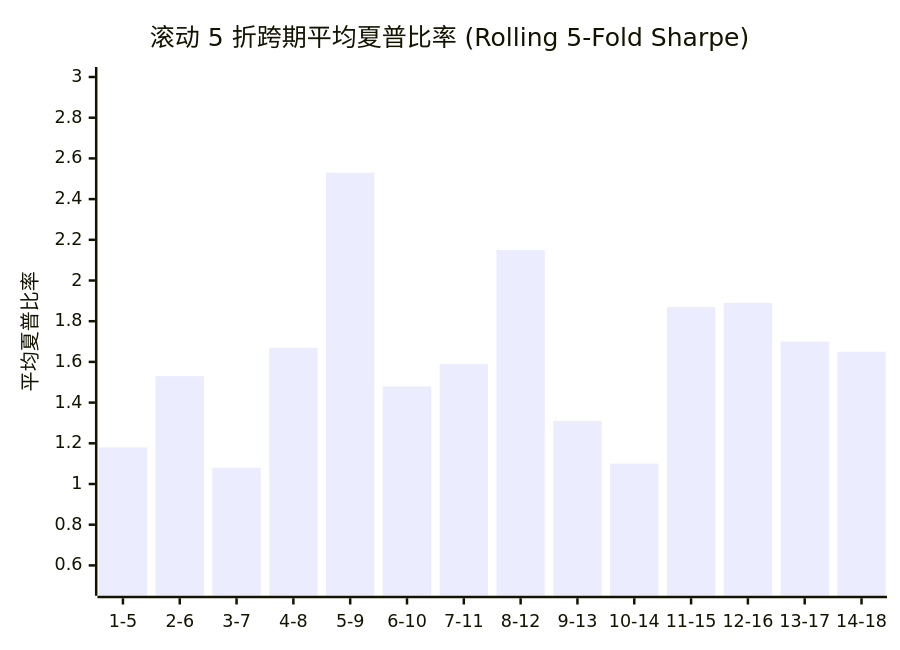
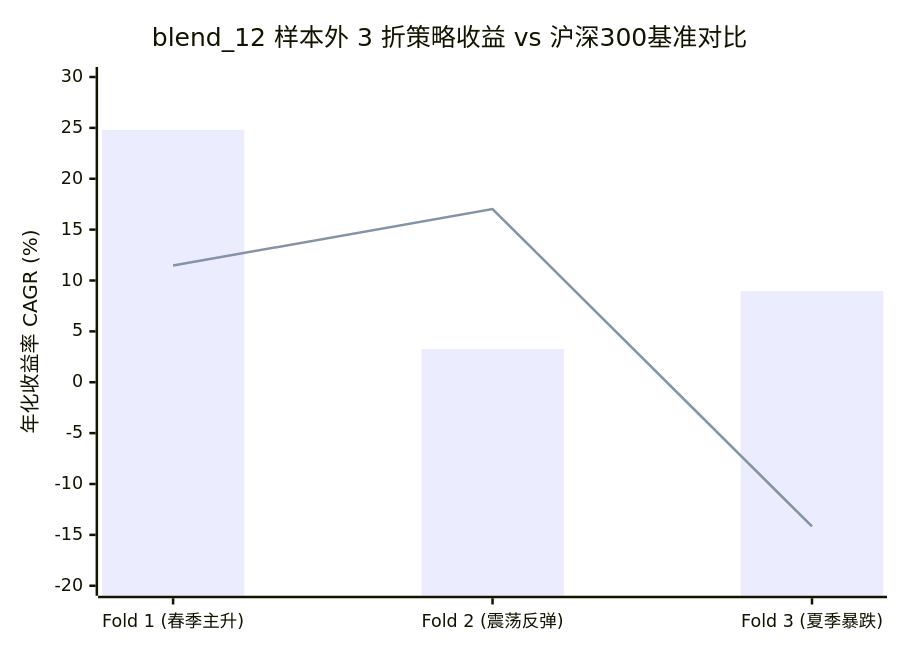
The second of 2 diagrams in docs/reports/china/chan_four_state_blend/chan_four_state_blend_deep_analysis_cn.md (stonewell/quant_research), drawn with Mermaid before and after one commit. The commit also changed other lines of this file and 5 other files, not shown here.

````diff
--- a/docs/reports/china/chan_four_state_blend/chan_four_state_blend_deep_analysis_cn.md
+++ b/docs/reports/china/chan_four_state_blend/chan_four_state_blend_deep_analysis_cn.md
@@ -122,7 +109,8 @@
 ```mermaid
 xychart-beta
-    title "滚动 5 折跨期平均夏普比率 (Rolling 5-Fold Sharpe)"
-    x-axis ["1-5","2-6","3-7","4-8","5-9","6-10","7-11","8-12","9-13","10-14","11-15","12-16","13-17","14-18"]
-    y-axis "平均夏普比率" 0.5 --> 3.0
-    bar [1.18,1.53,1.08,1.67,2.53,1.48,1.59,2.15,1.31,1.10,1.87,1.89,1.70,1.65]
+    title "blend_12 样本外 3 折策略收益 vs 沪深300基准对比"
+    x-axis ["Fold 1 (春季主升)", "Fold 2 (震荡反弹)", "Fold 3 (夏季暴跌)"]
+    y-axis "年化收益率 CAGR (%)" -20 --> 30
+    bar [24.80, 3.27, 8.96]
+    line [11.47, 17.02, -14.17]
 ```
````
